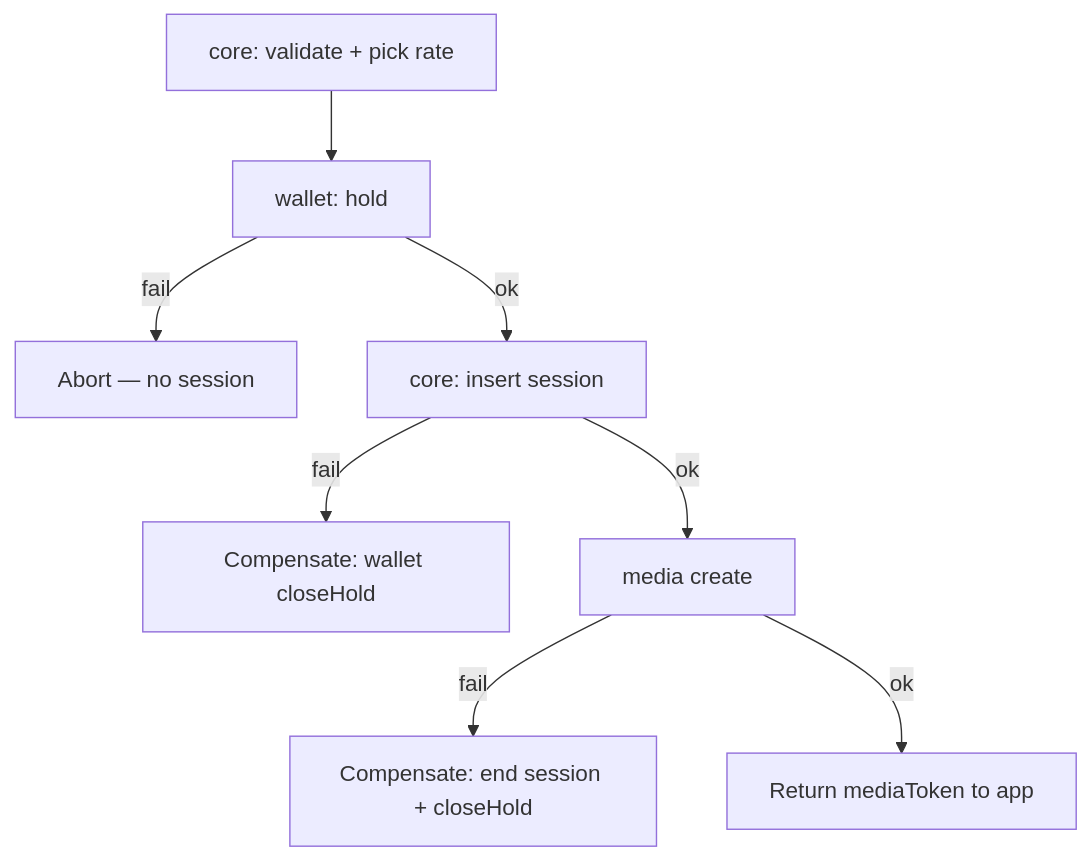
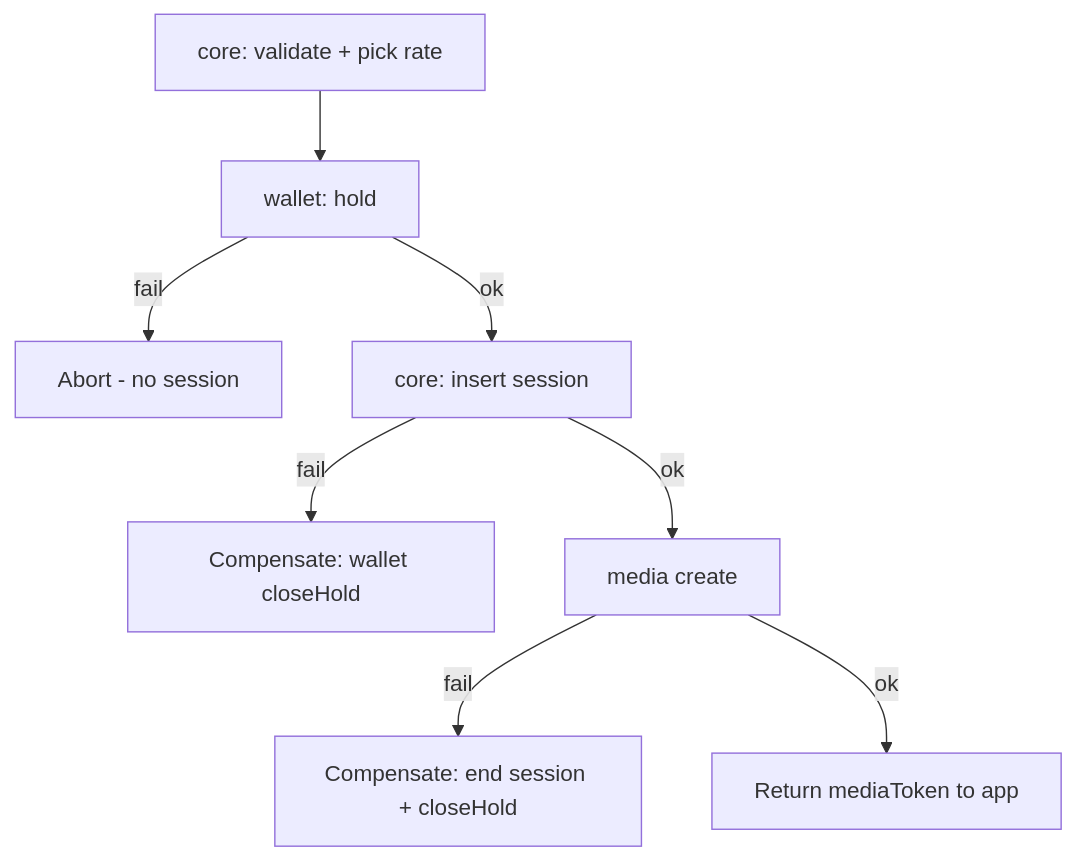
One commit to unib0ts/astro-ub changed the ninth of 9 diagrams in docs/architecture/02-wallet-state-machine.md. Above: the diagram before and after it, drawn with Mermaid. The commit also changed other lines of this file and 2 other files, not shown here.

First line of the commit message:
Fix Mermaid diagrams on GitHub Pages.

````diff
--- a/docs/architecture/02-wallet-state-machine.md
+++ b/docs/architecture/02-wallet-state-machine.md
@@ -260,10 +251,10 @@
 ```mermaid
 flowchart TD
   A[core: validate + pick rate] --> B[wallet: hold]
-  B -->|fail| X[Abort — no session]
+  B -->|fail| X[Abort - no session]
   B -->|ok| C[core: insert session]
   C -->|fail| D[Compensate: wallet closeHold]
   C -->|ok| E[media create]
   E -->|fail| F[Compensate: end session + closeHold]
   E -->|ok| G[Return mediaToken to app]
 ```
````
